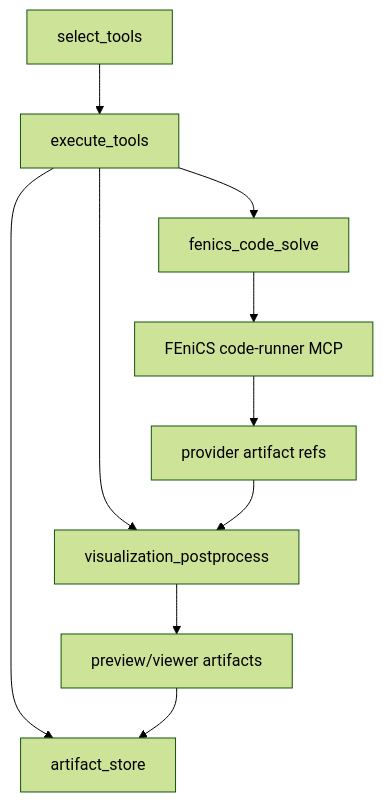
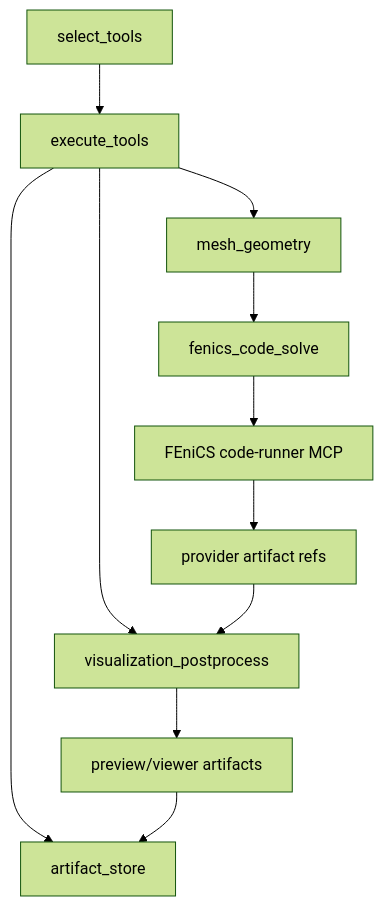
The sixth of 10 diagrams in langgraph/architecture.md (RadmirG/AES), drawn with Mermaid (forest theme) before and after one commit. The commit also changed other lines of this file and 60 other files, not shown here.

````diff
--- a/langgraph/architecture.md
+++ b/langgraph/architecture.md
@@ -180,12 +225,13 @@
 ```mermaid
 flowchart TD
     A["select_tools"] --> B["execute_tools"]
-    B --> C["fenics_code_solve"]
+    B --> M["mesh_geometry"]
+    M --> C["fenics_code_solve"]
     B --> D["visualization_postprocess"]
     B --> E["artifact_store"]
     C --> F["FEniCS code-runner MCP"]
     F --> G["provider artifact refs"]
     G --> D
     D --> H["preview/viewer artifacts"]
     H --> E
 ```
````
